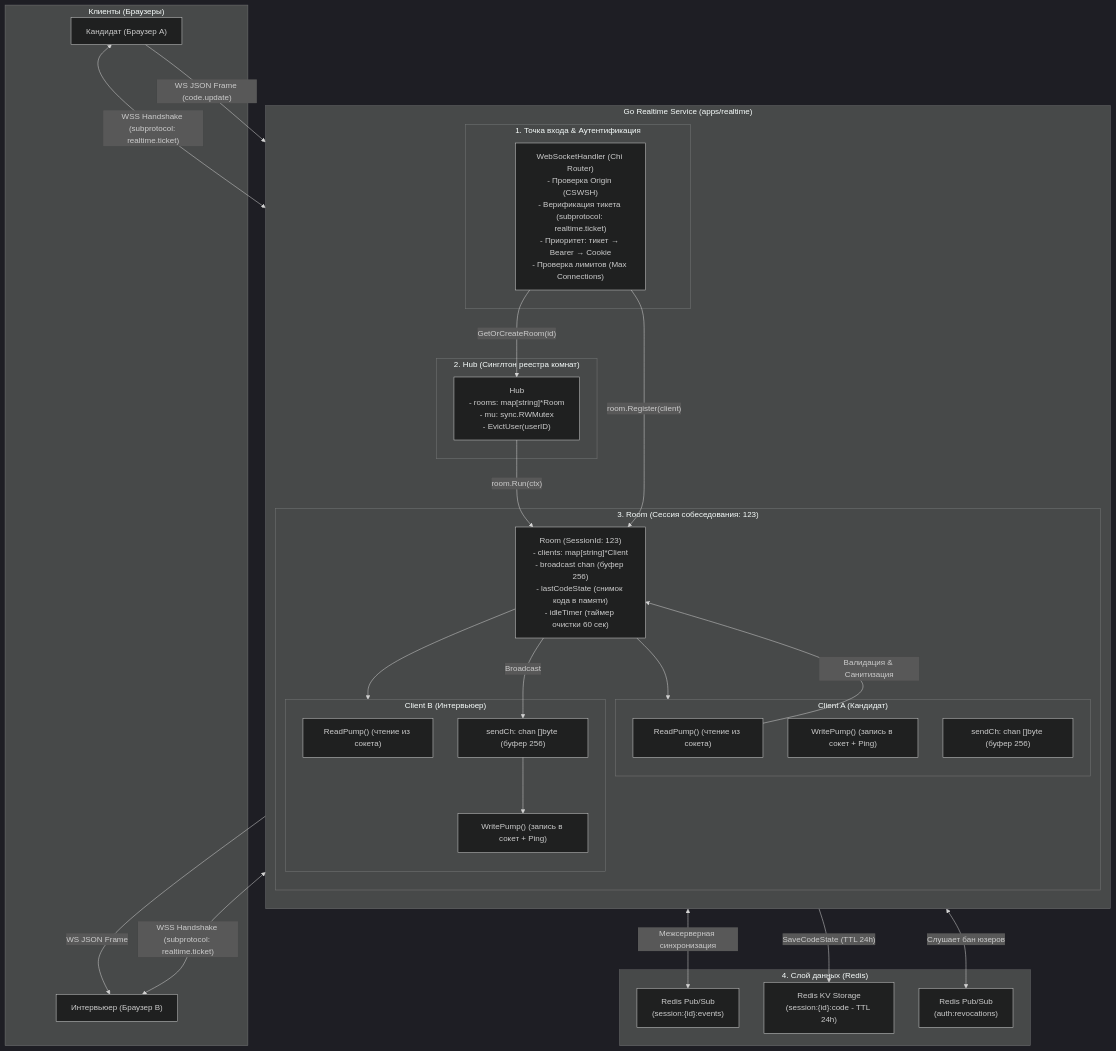
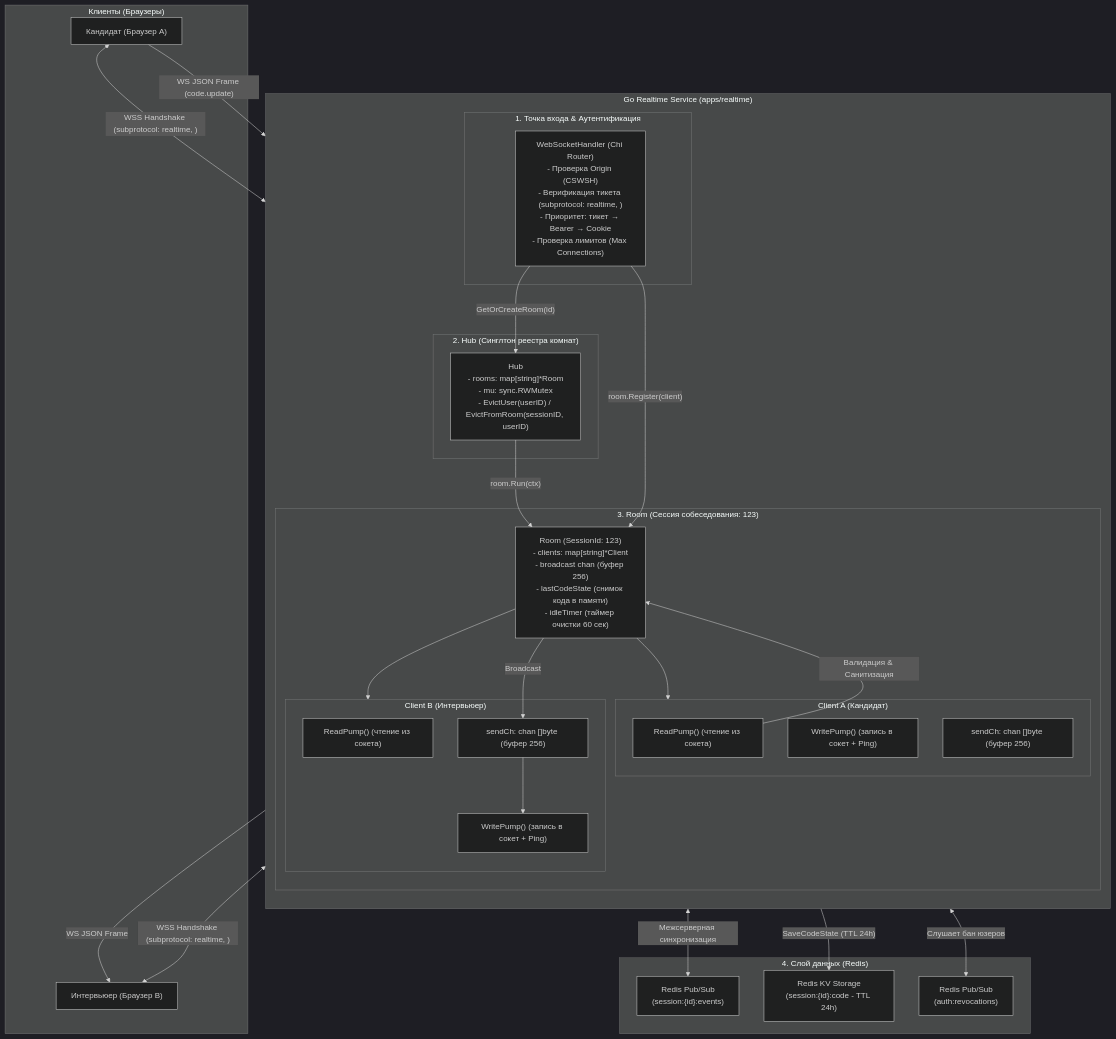
One commit to Riko4502/MockInterviewAI changed the first of 2 diagrams in docs/WEBSOCKET_ARCHITECTURE.md. Above: the diagram before and after it, drawn with Mermaid (dark theme). The commit also changed other lines of this file and 10 other files, not shown here.

````diff
--- a/docs/WEBSOCKET_ARCHITECTURE.md
+++ b/docs/WEBSOCKET_ARCHITECTURE.md
@@ -48,64 +48,64 @@
 ```mermaid
 flowchart TB
     subgraph Clients["Клиенты (Браузеры)"]
         C1["Кандидат (Браузер A)"]
         C2["Интервьюер (Браузер B)"]
     end
 
     subgraph GoBackend["Go Realtime Service (apps/realtime)"]
         direction TB
         
         subgraph EntryPoint["1. Точка входа & Аутентификация"]
-            Handler["WebSocketHandler (Chi Router)\n- Проверка Origin (CSWSH)\n- Верификация тикета (subprotocol: realtime.ticket)\n- Приоритет: тикет → Bearer → Cookie\n- Проверка лимитов (Max Connections)"]
+            Handler["WebSocketHandler (Chi Router)\n- Проверка Origin (CSWSH)\n- Верификация тикета (subprotocol: realtime, <ticket>)\n- Приоритет: тикет → Bearer → Cookie\n- Проверка лимитов (Max Connections)"]
         end
 
         subgraph HubLayer["2. Hub (Синглтон реестра комнат)"]
-            Hub["Hub\n- rooms: map[string]*Room\n- mu: sync.RWMutex\n- EvictUser(userID)"]
+            Hub["Hub\n- rooms: map[string]*Room\n- mu: sync.RWMutex\n- EvictUser(userID) / EvictFromRoom(sessionID, userID)"]
         end
 
         subgraph RoomLayer["3. Room (Сессия собеседования: 123)"]
             Room["Room (SessionId: 123)\n- clients: map[string]*Client\n- broadcast chan (буфер 256)\n- lastCodeState (снимок кода в памяти)\n- idleTimer (таймер очистки 60 сек)"]
             
             subgraph Client1Goroutines["Client A (Кандидат)"]
                 R1["ReadPump() (чтение из сокета)"]
                 W1["WritePump() (запись в сокет + Ping)"]
                 Ch1["sendCh: chan []byte (буфер 256)"]
             end
 
             subgraph Client2Goroutines["Client B (Интервьюер)"]
                 R2["ReadPump() (чтение из сокета)"]
                 W2["WritePump() (запись в сокет + Ping)"]
                 Ch2["sendCh: chan []byte (буфер 256)"]
             end
         end
     end
 
     subgraph RedisLayer["4. Слой данных (Redis)"]
         RPubSub["Redis Pub/Sub\n(session:{id}:events)"]
         RStorage["Redis KV Storage\n(session:{id}:code - TTL 24h)"]
         RRevoke["Redis Pub/Sub\n(auth:revocations)"]
     end
 
     %% Сетевой Handshake
-    C1 <-->|"WSS Handshake (subprotocol: realtime.ticket)"| Handler
-    C2 <-->|"WSS Handshake (subprotocol: realtime.ticket)"| Handler
+    C1 <-->|"WSS Handshake (subprotocol: realtime, <ticket>)"| Handler
+    C2 <-->|"WSS Handshake (subprotocol: realtime, <ticket>)"| Handler
 
     %% Регистрация в Hub и Room
     Handler -->|"GetOrCreateRoom(id)"| Hub
     Hub -->|"room.Run(ctx)"| Room
     Handler -->|"room.Register(client)"| Room
     Room --> Client1Goroutines
     Room --> Client2Goroutines
 
     %% Поток сообщений (Code Update)
     C1 -->|"WS JSON Frame (code.update)"| R1
     R1 -->|"Валидация & Санитизация"| Room
     Room -->|"Broadcast"| Ch2
     Ch2 --> W2
     W2 -->|"WS JSON Frame"| C2
 
     %% Взаимодействие с Redis
     Room <-->|"Межсерверная синхронизация"| RPubSub
     Room -->|"SaveCodeState (TTL 24h)"| RStorage
     Hub <-->|"Слушает бан юзеров"| RRevoke
 ```
````
